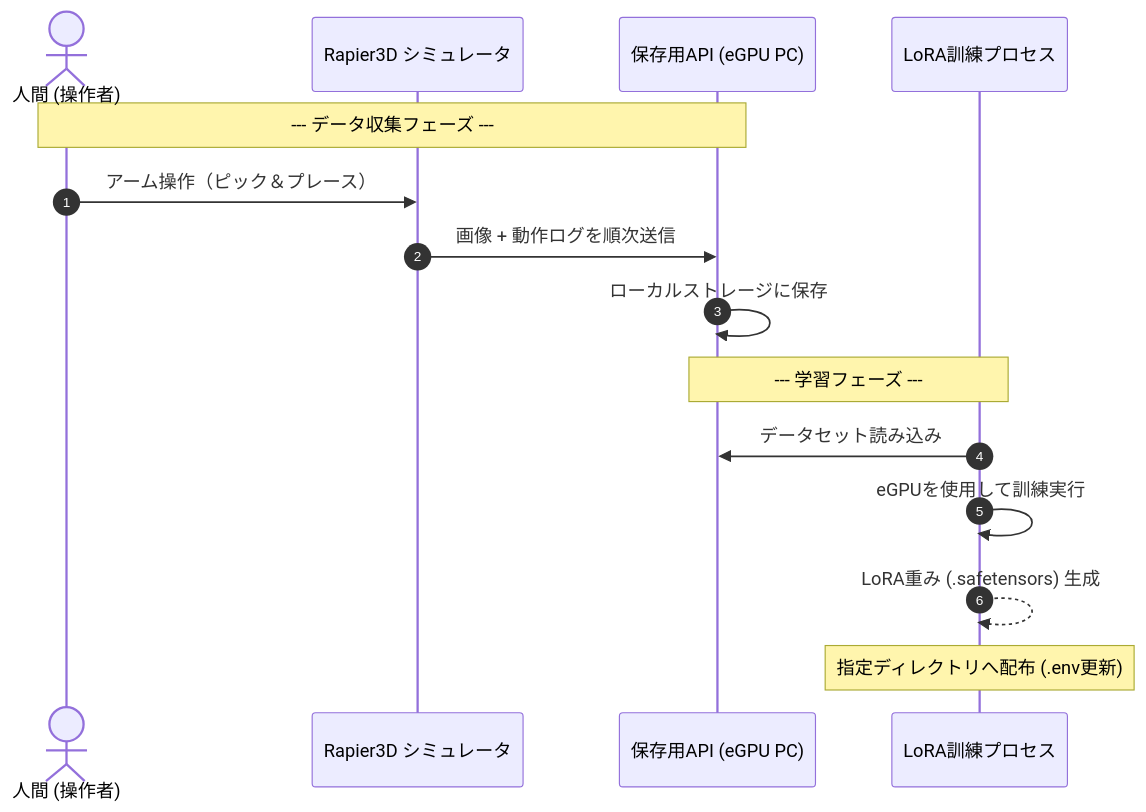
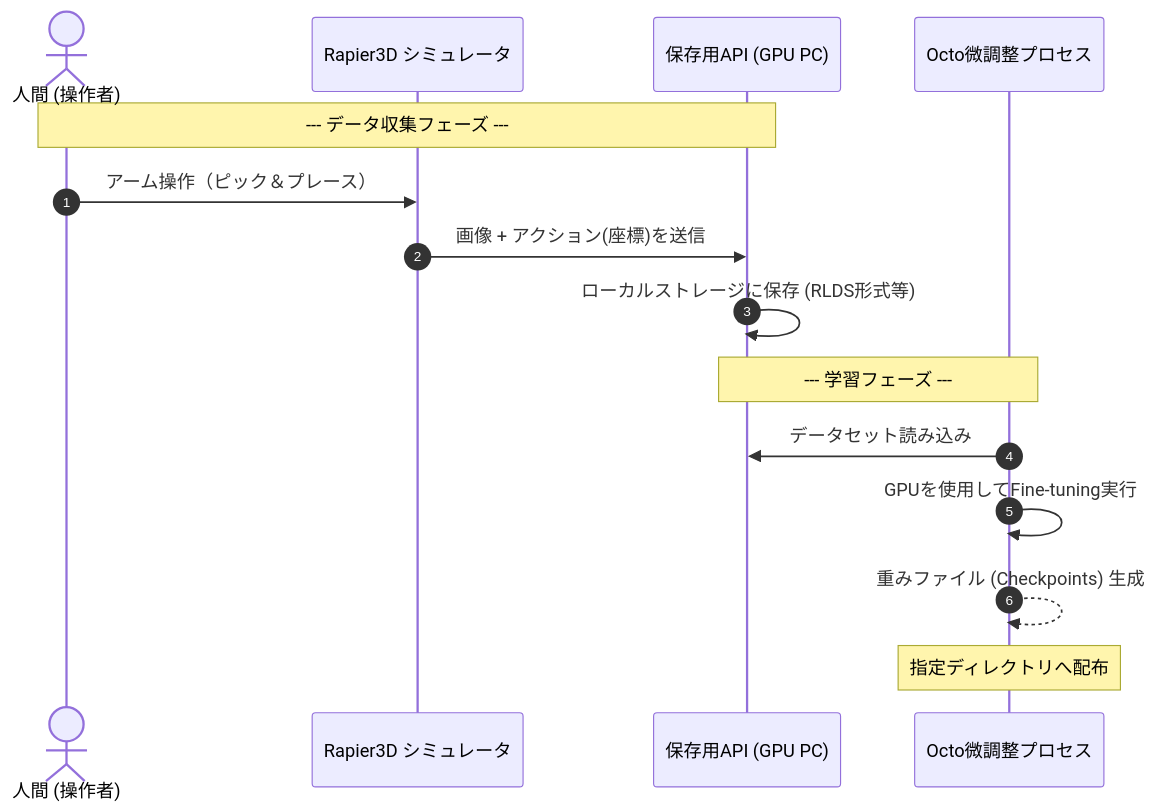
One commit to NearMugi/vla-simulator changed the fourth of 4 diagrams in README.md. Above: the diagram before and after it, drawn with Mermaid. The commit also changed other lines of this file and 2 other files, not shown here.

Commit message:
docs: update project documentation and roadmap progress

````diff
--- a/README.md
+++ b/README.md
@@ -130,19 +128,19 @@
 ```mermaid
 sequenceDiagram
     autonumber
     actor User as 人間 (操作者)
     participant Sim as Rapier3D シミュレータ
-    participant API as 保存用API (eGPU PC)
-    participant Trainer as LoRA訓練プロセス
+    participant API as 保存用API (GPU PC)
+    participant Trainer as Octo微調整プロセス
 
     Note over User, API: --- データ収集フェーズ ---
     User->>Sim: アーム操作（ピック＆プレース）
-    Sim->>API: 画像 + 動作ログを順次送信
-    API->>API: ローカルストレージに保存
+    Sim->>API: 画像 + アクション(座標)を送信
+    API->>API: ローカルストレージに保存 (RLDS形式等)
 
     Note over API, Trainer: --- 学習フェーズ ---
     Trainer->>API: データセット読み込み
-    Trainer->>Trainer: eGPUを使用して訓練実行
-    Trainer-->>Trainer: LoRA重み (.safetensors) 生成
-    Note over Trainer: 指定ディレクトリへ配布 (.env更新)
+    Trainer->>Trainer: GPUを使用してFine-tuning実行
+    Trainer-->>Trainer: 重みファイル (Checkpoints) 生成
+    Note over Trainer: 指定ディレクトリへ配布
 ```
````
